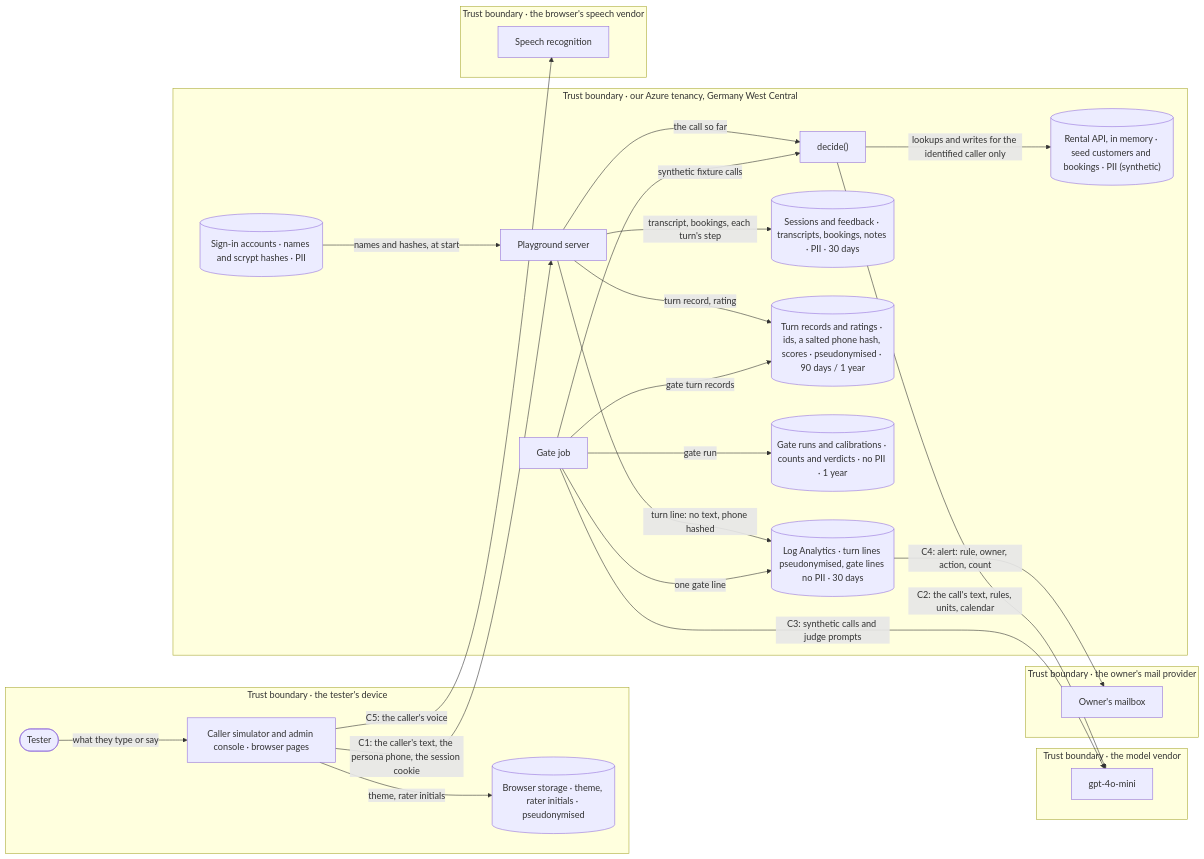
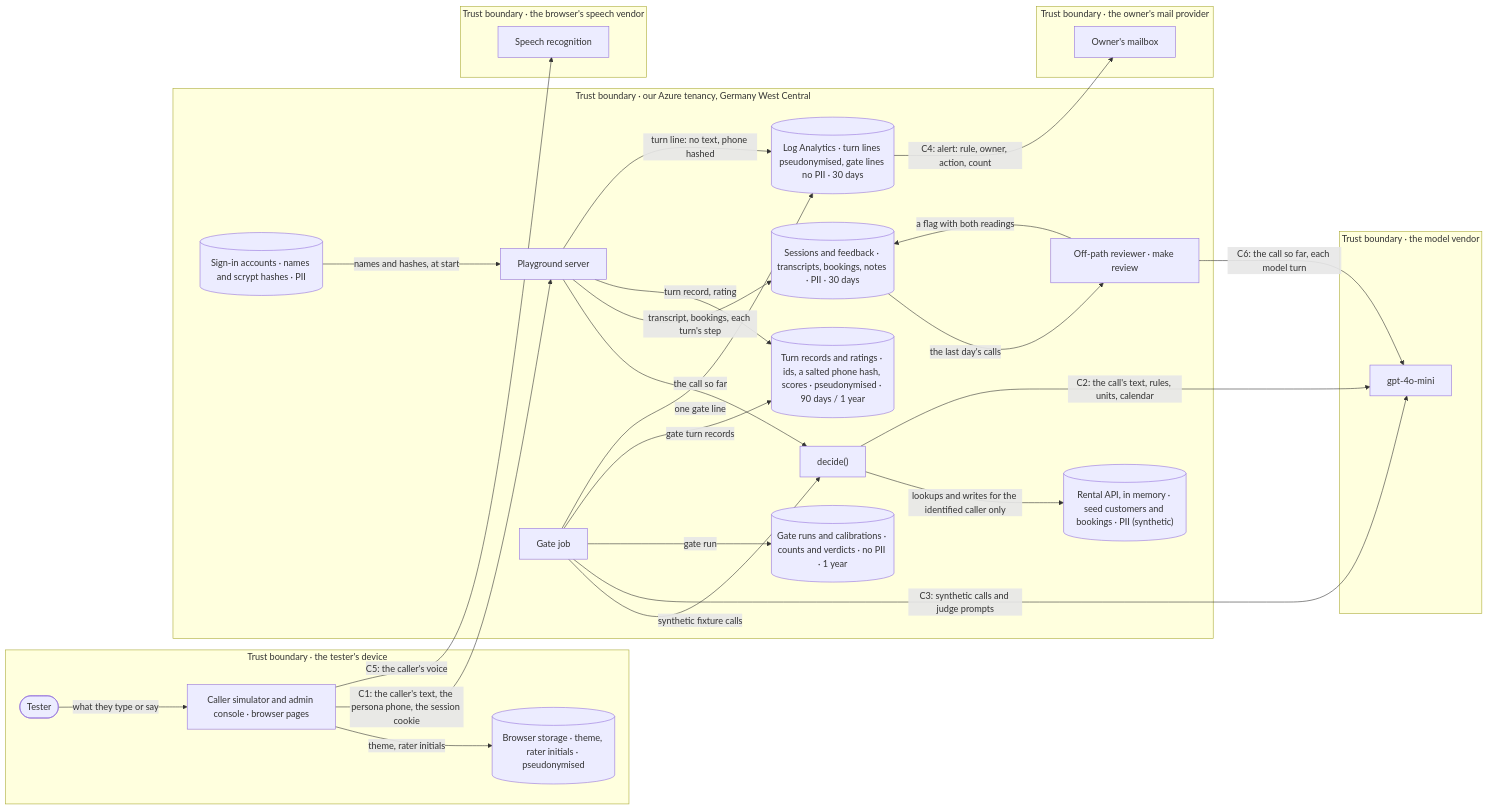
One commit to GoxMAN8/pirtis-on-wheels changed the diagram in docs/architecture/data-flow.md. Above: the diagram before and after it, drawn with Mermaid. The commit also changed other lines of this file and 3 other files, not shown here.

First line of the commit message:
feat(ops): an off-path reviewer that re-reads calls and queues disagreements

````diff
--- a/docs/architecture/data-flow.md
+++ b/docs/architecture/data-flow.md
@@ -9,45 +9,49 @@
 ```mermaid
 flowchart LR
   subgraph TB1["Trust boundary · the tester's device"]
     tester([Tester])
     caller["Caller simulator and admin console · browser pages"]
     local[("Browser storage · theme, rater initials · pseudonymised")]
   end
   subgraph TB2["Trust boundary · our Azure tenancy, Germany West Central"]
     server["Playground server"]
     agent["decide()"]
     api[("Rental API, in memory · seed customers and bookings · PII (synthetic)")]
     accounts[("Sign-in accounts · names and scrypt hashes · PII")]
     sessions[("Sessions and feedback · transcripts, bookings, notes · PII · 30 days")]
     records[("Turn records and ratings · ids, a salted phone hash, scores · pseudonymised · 90 days / 1 year")]
     gates[("Gate runs and calibrations · counts and verdicts · no PII · 1 year")]
     job["Gate job"]
+    reviewer["Off-path reviewer · make review"]
     logs[("Log Analytics · turn lines pseudonymised, gate lines no PII · 30 days")]
   end
   subgraph TB3["Trust boundary · the model vendor"]
     llm["gpt-4o-mini"]
   end
   subgraph TB4["Trust boundary · the browser's speech vendor"]
     speech["Speech recognition"]
   end
   subgraph TB5["Trust boundary · the owner's mail provider"]
     mail["Owner's mailbox"]
   end
   tester -->|what they type or say| caller
   caller -->|theme, rater initials| local
   caller -->|C1: the caller's text, the persona phone, the session cookie| server
   caller -->|C5: the caller's voice| speech
   accounts -->|names and hashes, at start| server
   server -->|the call so far| agent
   agent -->|lookups and writes for the identified caller only| api
   agent -->|C2: the call's text, rules, units, calendar| llm
   server -->|transcript, bookings, each turn's step| sessions
   server -->|turn record, rating| records
   server -->|turn line: no text, phone hashed| logs
   job -->|synthetic fixture calls| agent
   job -->|C3: synthetic calls and judge prompts| llm
   job -->|gate run| gates
   job -->|gate turn records| records
   job -->|one gate line| logs
   logs -->|C4: alert: rule, owner, action, count| mail
+  sessions -->|the last day's calls| reviewer
+  reviewer -->|C6: the call so far, each model turn| llm
+  reviewer -->|a flag with both readings| sessions
 ```
````
